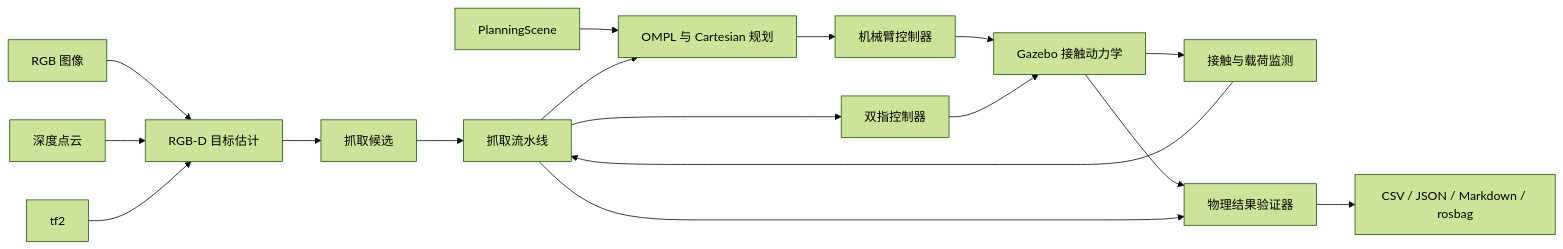
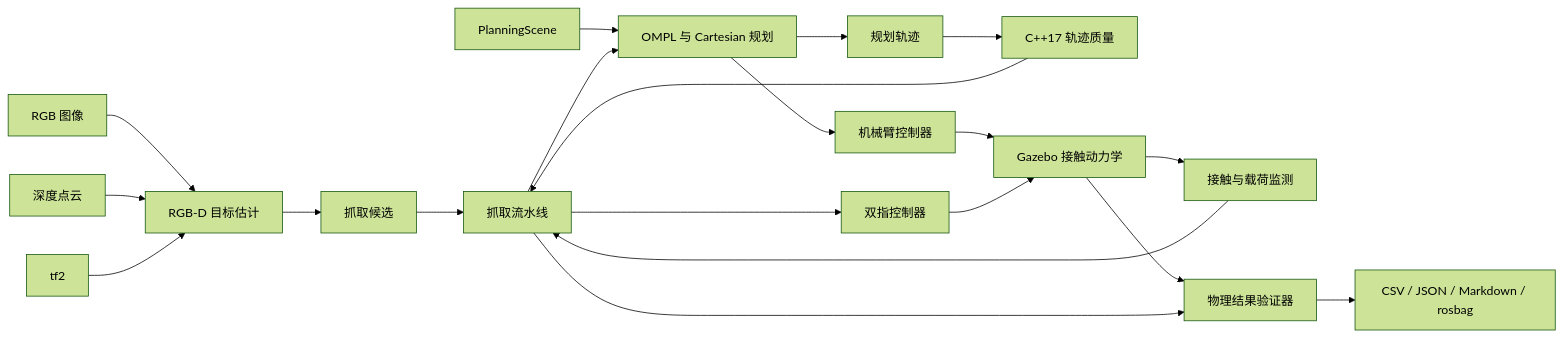
One commit to 0216Feng/panda-rgbd-manipulation changed the diagram in README.zh-CN.md. Above: the diagram before and after it, drawn with Mermaid (forest theme). The commit also changed other lines of this file and 34 other files, not shown here.

````diff
--- a/README.zh-CN.md
+++ b/README.zh-CN.md
@@ -50,19 +51,22 @@
 ```mermaid
 flowchart LR
     RGB[RGB 图像] --> Perception[RGB-D 目标估计]
     Depth[深度点云] --> Perception
     TF[tf2] --> Perception
     Perception --> Grasp[抓取候选]
     Grasp --> Pipeline[抓取流水线]
     Scene[PlanningScene] --> Planning[OMPL 与 Cartesian 规划]
     Pipeline --> Planning
+    Planning --> DisplayPath[规划轨迹]
+    DisplayPath --> Quality[C++17 轨迹质量]
+    Quality --> Pipeline
     Planning --> Arm[机械臂控制器]
     Pipeline --> Hand[双指控制器]
     Arm --> Gazebo[Gazebo 接触动力学]
     Hand --> Gazebo
     Gazebo --> Monitor[接触与载荷监测]
     Monitor --> Pipeline
     Gazebo --> Validator[物理结果验证器]
     Pipeline --> Validator
     Validator --> Report[CSV / JSON / Markdown / rosbag]
 ```
````
